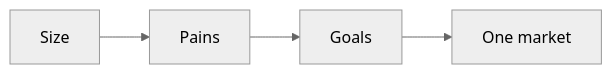
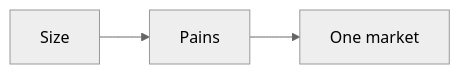
The second of 4 diagrams in docs/method/refine-offer.md (redrhino-online/red-canon), drawn with Mermaid (neutral theme) before and after one commit. The commit also changed other lines of this file and 10 other files, not shown here.

````diff
--- a/docs/method/refine-offer.md
+++ b/docs/method/refine-offer.md
@@ -40,4 +25,4 @@
 ```mermaid
 flowchart LR
-    A[Size] --> B[Pains] --> C[Goals] --> D[One market]
+    A[Size] --> B[Pains] --> C[One market]
 ```
````
